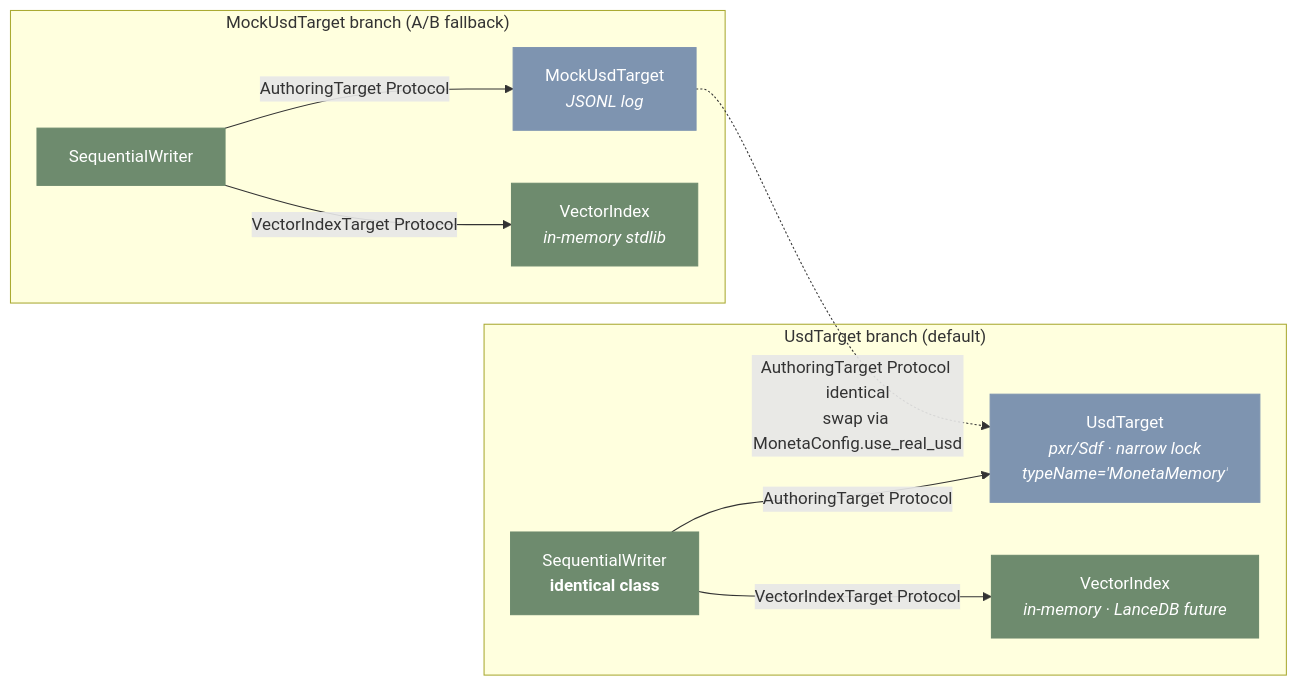
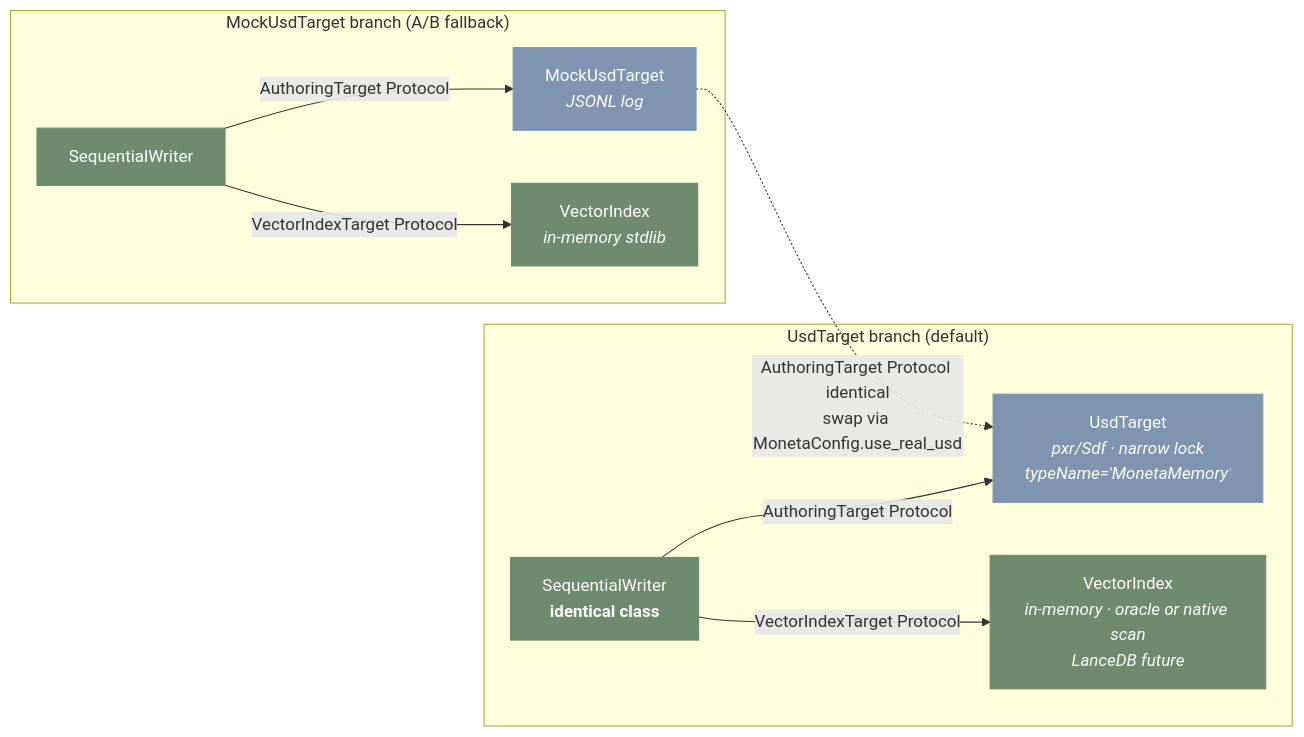
The sixth of 10 diagrams in README.md (JosephOIbrahim/Moneta), drawn with Mermaid before and after one commit. The commit also changed other lines of this file and 1 other file, not shown here.

First line of the commit message:
docs: README for v1.3.0-rc1 (native seams, v5 preview, test matrix, new mermaid diagrams)

````diff
--- a/README.md
+++ b/README.md
@@ -361,26 +388,26 @@
 ```mermaid
 graph LR
     subgraph mock["MockUsdTarget branch (A/B fallback)"]
         SW1["SequentialWriter"]
         MT["MockUsdTarget<br/><i>JSONL log</i>"]
         VI1["VectorIndex<br/><i>in-memory stdlib</i>"]
         SW1 -->|AuthoringTarget Protocol| MT
         SW1 -->|VectorIndexTarget Protocol| VI1
     end
 
     subgraph real["UsdTarget branch (default)"]
         SW2["SequentialWriter<br/><b>identical class</b>"]
         RT["UsdTarget<br/><i>pxr/Sdf · narrow lock</i><br/><i>typeName='MonetaMemory'</i>"]
-        VI2["VectorIndex<br/><i>in-memory · LanceDB future</i>"]
+        VI2["VectorIndex<br/><i>in-memory · oracle or native scan</i><br/><i>LanceDB future</i>"]
         SW2 -->|AuthoringTarget Protocol| RT
         SW2 -->|VectorIndexTarget Protocol| VI2
     end
 
     MT -. "AuthoringTarget Protocol identical<br/>swap via MonetaConfig.use_real_usd" .-> RT
 
     classDef green fill:#6E8B6E,color:#fff,stroke:#6E8B6E
     classDef blue fill:#7E94B0,color:#fff,stroke:#7E94B0
 
     class SW1,SW2,VI1,VI2 green
     class MT,RT blue
 ```
````
